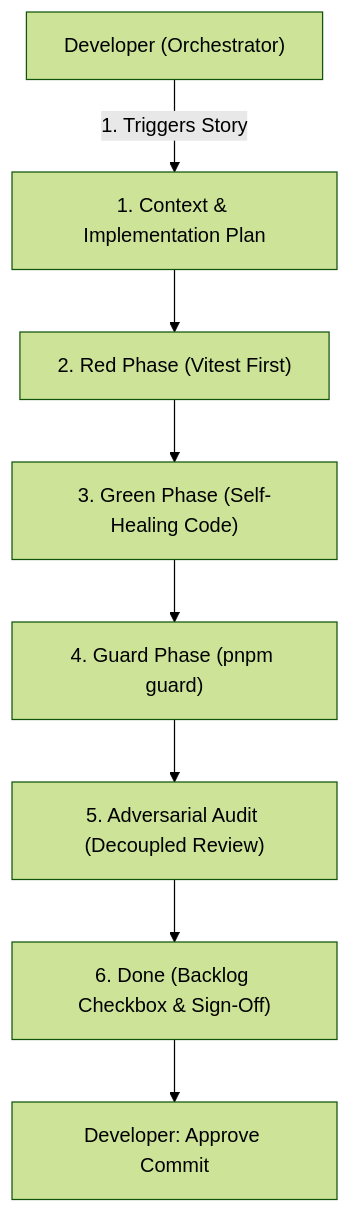
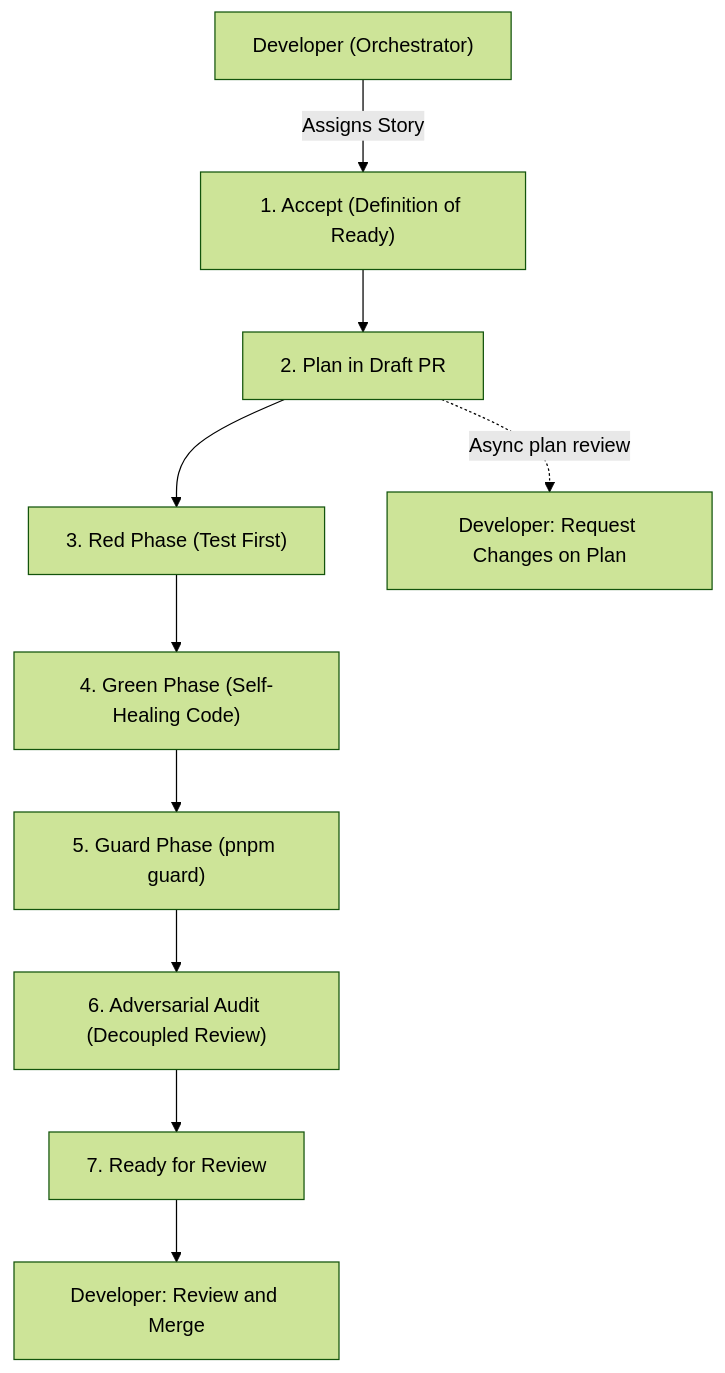
The second of 2 diagrams in templates/modular-monorepo/docs/factory-model-setup.md (vantrangradion/agentic-factory), drawn with Mermaid (forest theme) before and after one commit. The commit also changed other lines of this file and 9 other files, not shown here.

Commit message:
feat(plugin): add async plan gate and milestone-watchdog skill

````diff
--- a/templates/modular-monorepo/docs/factory-model-setup.md
+++ b/templates/modular-monorepo/docs/factory-model-setup.md
@@ -47,10 +47,12 @@
 ```mermaid
 flowchart TD
-    Dev["Developer (Orchestrator)"] -->|1. Triggers Story| Step1["1. Context & Implementation Plan"]
-    Step1 --> Step2["2. Red Phase (Vitest First)"]
-    Step2 --> Step3["3. Green Phase (Self-Healing Code)"]
-    Step3 --> Step4["4. Guard Phase (pnpm guard)"]
-    Step4 --> Step5["5. Adversarial Audit (Decoupled Review)"]
-    Step5 --> Step6["6. Done (Backlog Checkbox & Sign-Off)"]
-    Step6 --> DevSignOff["Developer: Approve Commit"]
+    Dev["Developer (Orchestrator)"] -->|Assigns Story| Step1["1. Accept (Definition of Ready)"]
+    Step1 --> Step2["2. Plan in Draft PR"]
+    Step2 --> Step3["3. Red Phase (Test First)"]
+    Step3 --> Step4["4. Green Phase (Self-Healing Code)"]
+    Step4 --> Step5["5. Guard Phase (pnpm guard)"]
+    Step5 --> Step6["6. Adversarial Audit (Decoupled Review)"]
+    Step6 --> Step7["7. Ready for Review"]
+    Step7 --> DevSignOff["Developer: Review and Merge"]
+    Step2 -.->|Async plan review| DevPlan["Developer: Request Changes on Plan"]
 ```
````
